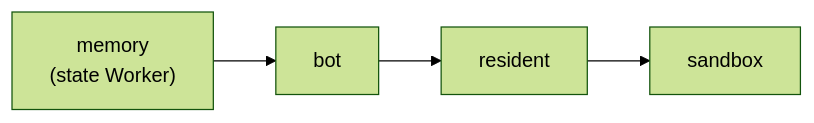
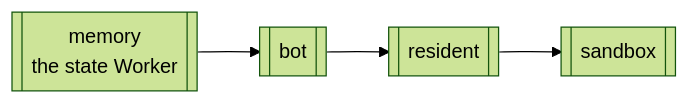
The third of 3 diagrams in docs/explanation/worker-topology.md (coreplanelabs/switchboard), drawn with Mermaid (forest theme) before and after one commit. The commit also changed other lines of this file and 22 other files, not shown here.

First line of the commit message:
docs(docs): every diagram shares one visual system, and the four seams and the deploy order are drawn from one source each

````diff
--- a/docs/explanation/worker-topology.md
+++ b/docs/explanation/worker-topology.md
@@ -94,4 +96,4 @@
 ```mermaid
 flowchart LR
-    M["memory<br/>(state Worker)"] --> B["bot"] --> R["resident"] --> S["sandbox"]
+    W1[["memory<br/>the state Worker"]] --> W2[["bot"]] --> W3[["resident"]] --> W4[["sandbox"]]
 ```
````
